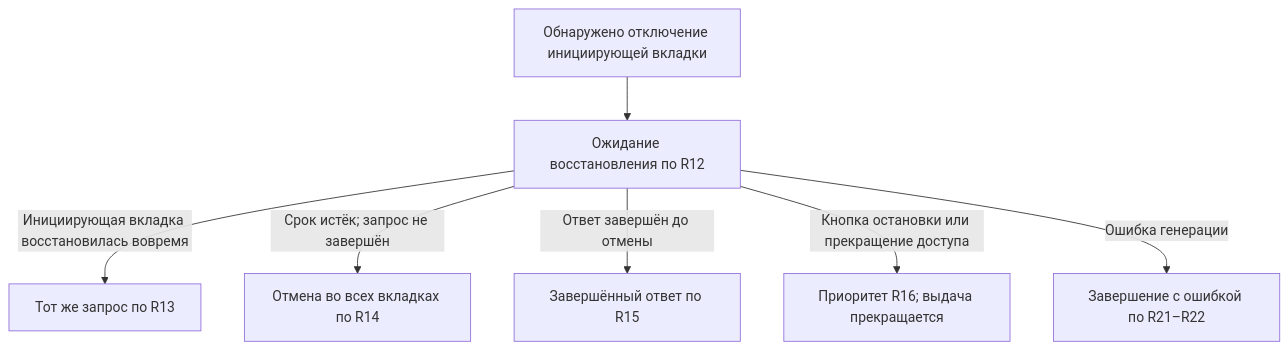
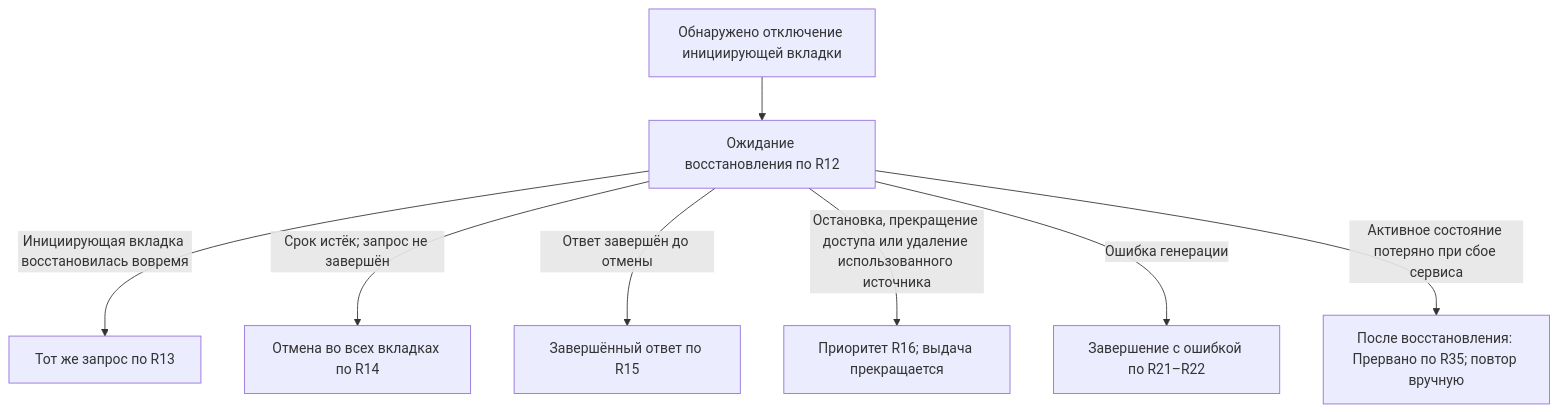
One commit to OctaDim/Multi_User_RAG_Assist_System changed the third of 3 diagrams in harness/project/docs/plans/2026-10-13-0244-feat-rag-answer-lifecycle-plan.md. Above: the diagram before and after it, drawn with Mermaid. The commit also changed other lines of this file and 3 other files, not shown here.

````diff
--- a/harness/project/docs/plans/2026-10-13-0244-feat-rag-answer-lifecycle-plan.md
+++ b/harness/project/docs/plans/2026-10-13-0244-feat-rag-answer-lifecycle-plan.md
@@ -156,9 +192,10 @@
 ```mermaid
 flowchart TB
     disconnect["Обнаружено отключение инициирующей вкладки"] --> grace["Ожидание восстановления по R12"]
     grace -->|"Инициирующая вкладка восстановилась вовремя"| same["Тот же запрос по R13"]
     grace -->|"Срок истёк; запрос не завершён"| cancelled["Отмена во всех вкладках по R14"]
     grace -->|"Ответ завершён до отмены"| complete["Завершённый ответ по R15"]
-    grace -->|"Кнопка остановки или прекращение доступа"| priority["Приоритет R16; выдача прекращается"]
+    grace -->|"Остановка, прекращение доступа или удаление использованного источника"| priority["Приоритет R16; выдача прекращается"]
     grace -->|"Ошибка генерации"| failed["Завершение с ошибкой по R21–R22"]
+    grace -->|"Активное состояние потеряно при сбое сервиса"| lost["После восстановления: Прервано по R35; повтор вручную"]
 ```
````
